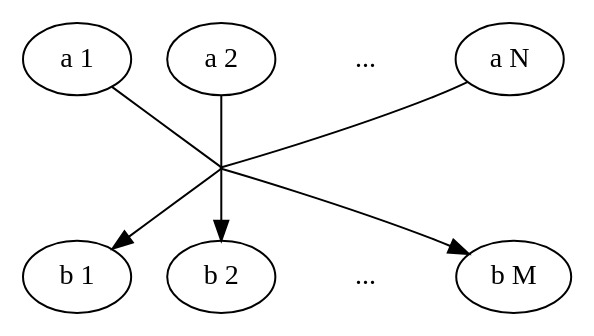
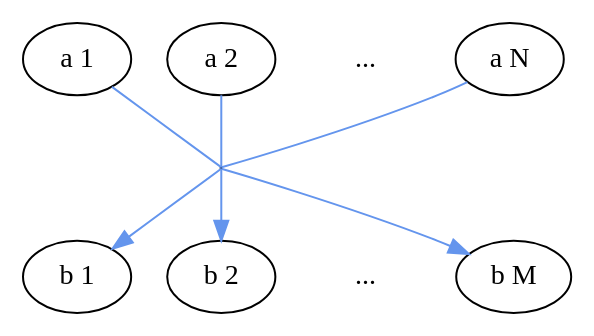
One commit to oliver-sanders/3rd-ENES-Workshop-Cylc-Talk changed the diagram in img/many-many-as-one.dot. Above: the diagram before and after it, drawn with Graphviz. The commit also changed 25 other files, not shown here.

```diff
--- a/img/many-many-as-one.dot
+++ b/img/many-many-as-one.dot
@@ -1,31 +1,29 @@
 digraph {
     bgcolor = none
 
     a_1 [label="a 1"]
     a_2 [label="a 2"]
     a_x [label="...", shape="none"]
     a_N [label="a N"]
     b_1 [label="b 1"]
     b_2 [label="b 2"]
     b_x [label="...", shape="none"]
     b_N [label="b M"]
 
     dummy [shape="point", width=0.01, height=0.01]
 
-    a_1 -> dummy [dir="none"]
-    a_2 -> dummy [dir="none"]
-    a_N -> dummy [dir="none"]
-    dummy -> b_1
-    dummy -> b_2
-    dummy -> b_N
+    a_1 -> dummy [dir="none" color="cornflowerblue"]
+    a_2 -> dummy [dir="none" color="cornflowerblue"]
+    a_N -> dummy [dir="none" color="cornflowerblue"]
+    dummy -> b_1 [color="cornflowerblue"]
+    dummy -> b_2 [color="cornflowerblue"]
+    dummy -> b_N [color="cornflowerblue"]
 
     {rank = same; a_1 -> a_2 [style="invis"]}
     {rank = same; a_2 -> a_x [style="invis"]}
     {rank = same; a_x -> a_N [style="invis"]}
 
     {rank = same; b_1 -> b_2 [style="invis"]}
     {rank = same; b_2 -> b_x [style="invis"]}
     {rank = same; b_x -> b_N [style="invis"]}
-
-
 }
```
